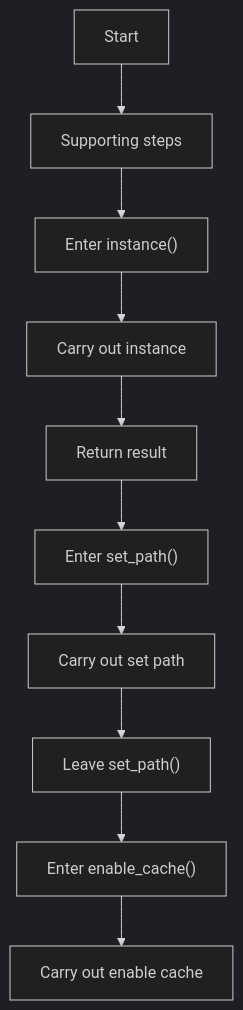
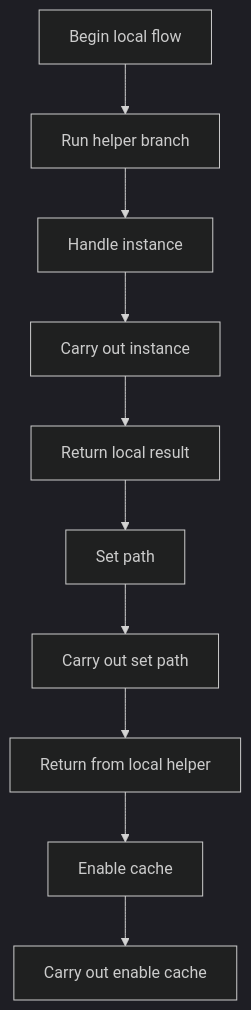
One commit to JohnAndrewBalbarosa/NeoTerritory changed the first of 7 diagrams in docs/Codebase/LegacyPatternTransformSamples/legacy_singleton_to_factory_sample.cpp.md. Above: the diagram before and after it, drawn with Mermaid (dark theme). The commit also changed other lines of this file and 915 other files, not shown here.

````diff
--- a/docs/Codebase/LegacyPatternTransformSamples/legacy_singleton_to_factory_sample.cpp.md
+++ b/docs/Codebase/LegacyPatternTransformSamples/legacy_singleton_to_factory_sample.cpp.md
@@ -25,22 +24,22 @@
 ```mermaid
 flowchart TD
-    N0["Start"]
-    N1["Supporting steps"]
-    N2["Enter instance()"]
+    N0["Begin local flow"]
+    N1["Run helper branch"]
+    N2["Handle instance"]
     N3["Carry out instance"]
-    N4["Return result"]
-    N5["Enter set_path()"]
+    N4["Return local result"]
+    N5["Set path"]
     N6["Carry out set path"]
-    N7["Leave set_path()"]
-    N8["Enter enable_cache()"]
+    N7["Return from local helper"]
+    N8["Enable cache"]
     N9["Carry out enable cache"]
     N0 --> N1
     N1 --> N2
     N2 --> N3
     N3 --> N4
     N4 --> N5
     N5 --> N6
     N6 --> N7
     N7 --> N8
     N8 --> N9
 ```
````
